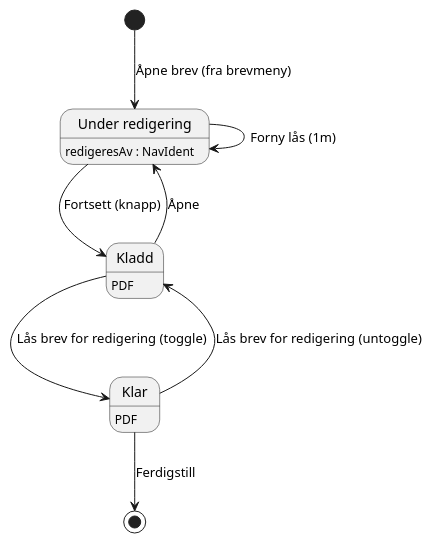
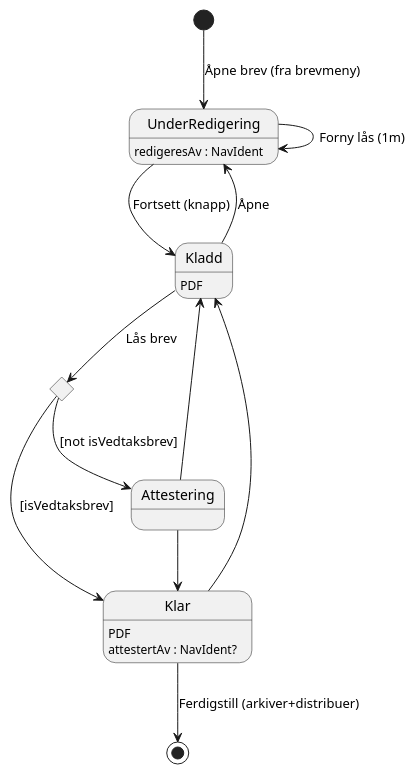
Before and after one commit to navikt/pensjonsbrev: the second of 2 diagrams in docs/skribenten.adoc, drawn with PlantUML.

Commit message:
Oppdater status diagram for skribenten

```diff
--- a/docs/skribenten.adoc
+++ b/docs/skribenten.adoc
@@ -181,18 +181,30 @@
 [plantuml, target=img/brevredigering-state, format=svg]
 ....
-state "Under redigering" as Redigering
-Redigering : redigeresAv : NavIdent
+state UnderRedigering
+UnderRedigering : redigeresAv : NavIdent
+state Kladd
+state Attestering
+state Klar
+Klar : PDF
+Klar : attestertAv : NavIdent?
 
-[*] --> Redigering : Åpne brev (fra brevmeny)
-Redigering --> Redigering : Forny lås (1m)
-Redigering --> Kladd : Fortsett (knapp)
+state isVedtaksbrev <<choice>>
 
-Kladd --> Redigering : Åpne
+[*] --> UnderRedigering : Åpne brev (fra brevmeny)
+UnderRedigering --> UnderRedigering : Forny lås (1m)
+UnderRedigering --> Kladd : Fortsett (knapp)
+
+Kladd --> UnderRedigering : Åpne
 Kladd : PDF
-Kladd --> Klar : Lås brev for redigering (toggle)
+Kladd --> isVedtaksbrev : Lås brev
 
-Klar --> Kladd : Lås brev for redigering (untoggle)
-Klar : PDF
+isVedtaksbrev --> Klar : [isVedtaksbrev]
+isVedtaksbrev --> Attestering : [not isVedtaksbrev]
 
-Klar --> [*] : Ferdigstill
+Attestering --> Klar
+
+Klar --> Kladd
+Attestering --> Kladd
+
+Klar --> [*] : Ferdigstill (arkiver+distribuer)
 ....
```
